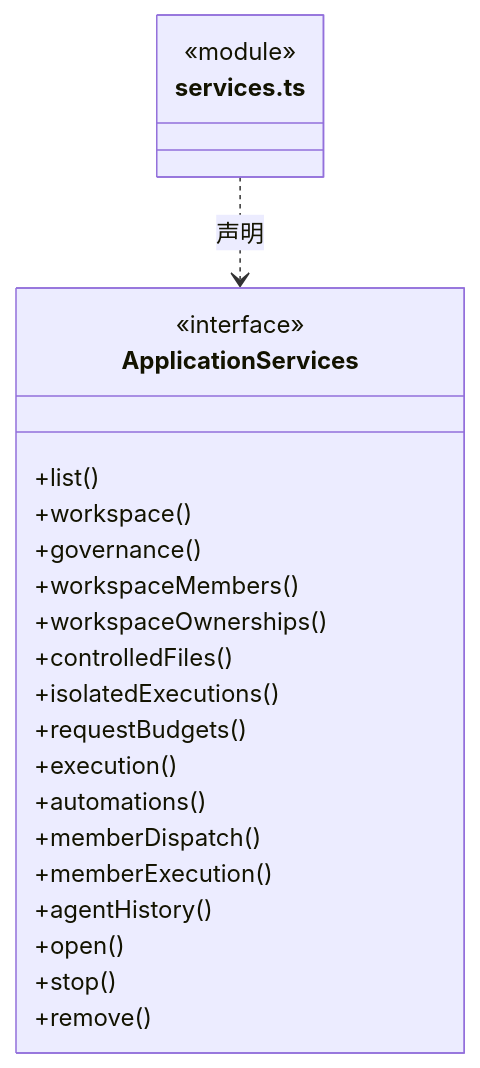
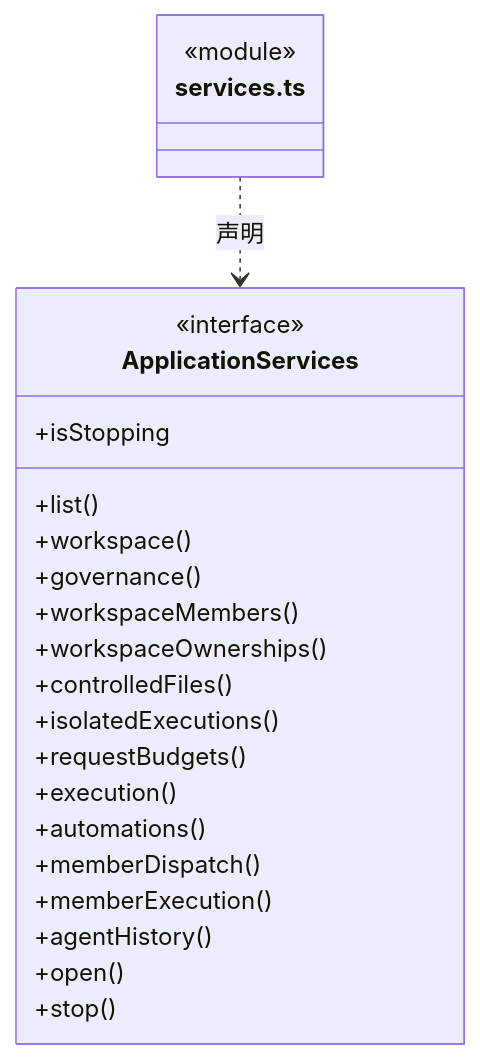
Before and after one commit to nan023062/cbim: diagram 13 of 22 in src/bridge/server/ipc/ARCHITECTURE.md, drawn with Mermaid. The commit also changed other lines of this file and 27 other files, not shown here.

````diff
--- a/src/bridge/server/ipc/ARCHITECTURE.md
+++ b/src/bridge/server/ipc/ARCHITECTURE.md
@@ -202,26 +202,26 @@
 ```mermaid
 classDiagram
 class N_src_bridge_server_ipc_services_ts["services.ts"] {
   <<module>>
 }
 class N_src_bridge_server_ipc_services_ts_ApplicationServices["ApplicationServices"] {
   <<interface>>
+  +isStopping
   +list()
   +workspace()
   +governance()
   +workspaceMembers()
   +workspaceOwnerships()
   +controlledFiles()
   +isolatedExecutions()
   +requestBudgets()
   +execution()
   +automations()
   +memberDispatch()
   +memberExecution()
   +agentHistory()
   +open()
   +stop()
-  +remove()
 }
 N_src_bridge_server_ipc_services_ts ..> N_src_bridge_server_ipc_services_ts_ApplicationServices : 声明
 ```
````
